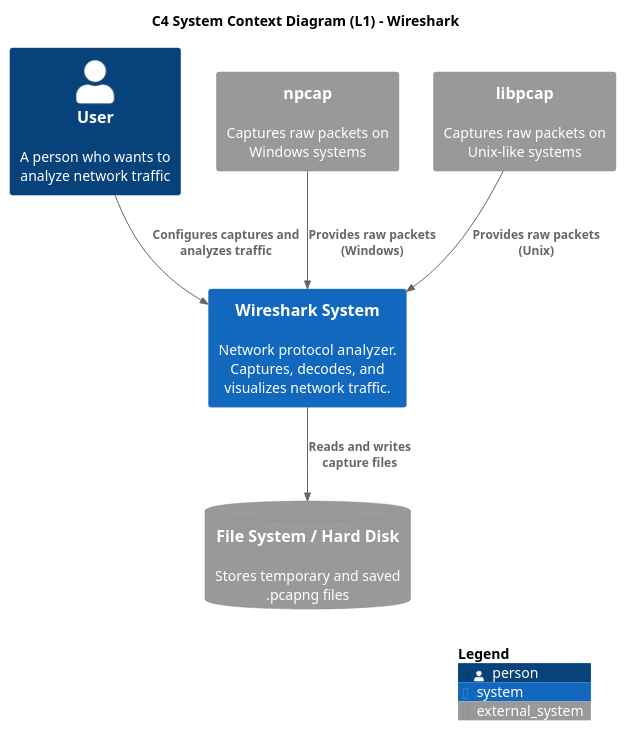
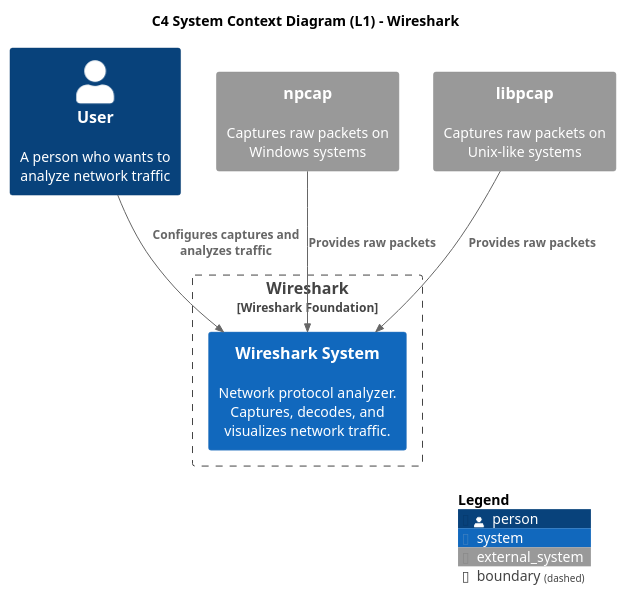
Before and after one commit to SDA-Team05/project-team05: the diagram in reports/architecture-diagrams/sketches/context_sketch.puml, drawn with PlantUML. The commit also changed 3 other files, not shown here.

Commit message:
updated diagrams according to review

```diff
--- a/reports/architecture-diagrams/sketches/context_sketch.puml
+++ b/reports/architecture-diagrams/sketches/context_sketch.puml
@@ -1,25 +1,24 @@
 @startuml C4_Elements
 !include https://raw.githubusercontent.com/plantuml-stdlib/C4-PlantUML/master/C4_Context.puml
 
 title C4 System Context Diagram (L1) - Wireshark
 
 Person(wiresharkUser, "User", "A person who wants to analyze network traffic")
 
 ' Sistema principale
-System(wireshark, "Wireshark System", "Network protocol analyzer. Captures, decodes, and visualizes network traffic.")
-
+Boundary(wiresharkBoundary, "Wireshark", "Wireshark Foundation") {
+    System(wireshark, "Wireshark System", "Network protocol analyzer. Captures, decodes, and visualizes network traffic.")
+}
 ' Sistemi Esterni
 System_Ext(npcap, "npcap", "Captures raw packets on Windows systems")
 System_Ext(libpcap, "libpcap", "Captures raw packets on Unix-like systems")
-SystemDb_Ext(filesystem, "File System / Hard Disk", "Stores temporary and saved .pcapng files")
 
 ' Relazioni
 Rel(wiresharkUser, wireshark, "Configures captures and analyzes traffic")
-Rel(npcap, wireshark, "Provides raw packets (Windows)")
-Rel(libpcap, wireshark, "Provides raw packets (Unix)")
-Rel(wireshark, filesystem, "Reads and writes capture files")
+Rel(npcap, wireshark, "Provides raw packets")
+Rel(libpcap, wireshark, "Provides raw packets")
 
 ' Legenda automatica di C4
 SHOW_LEGEND()
 
 @enduml
```
